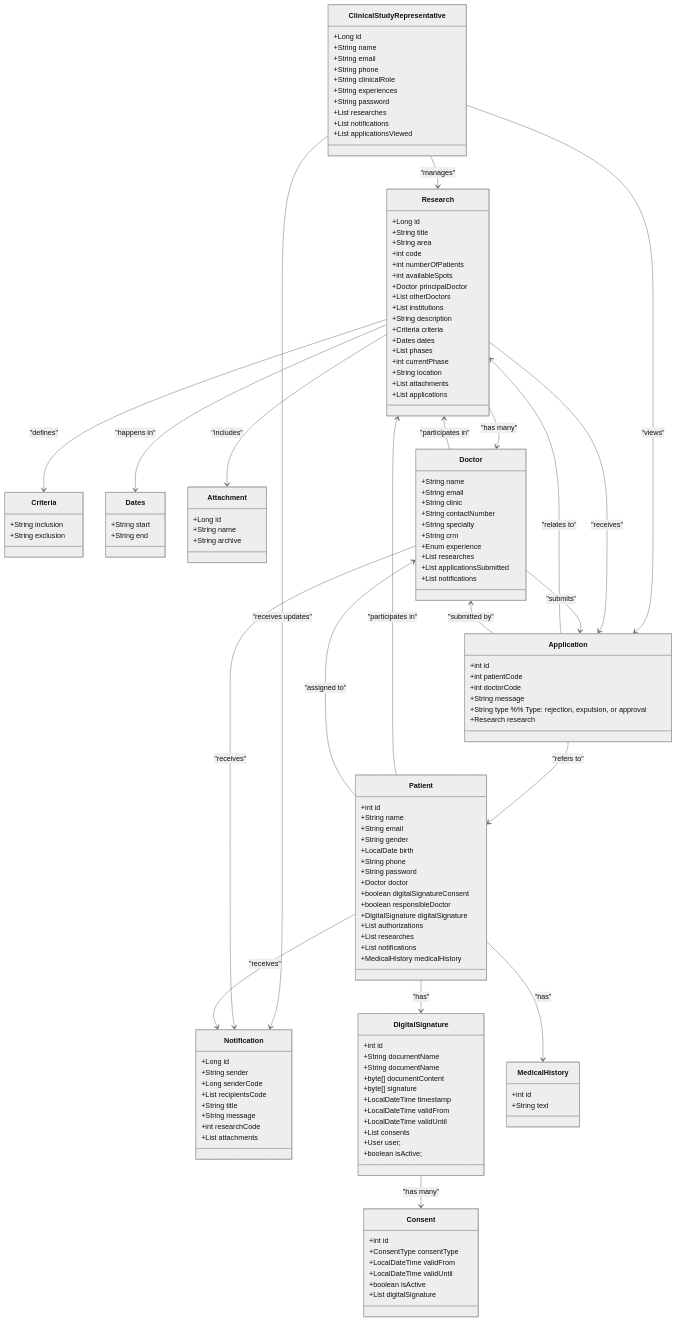
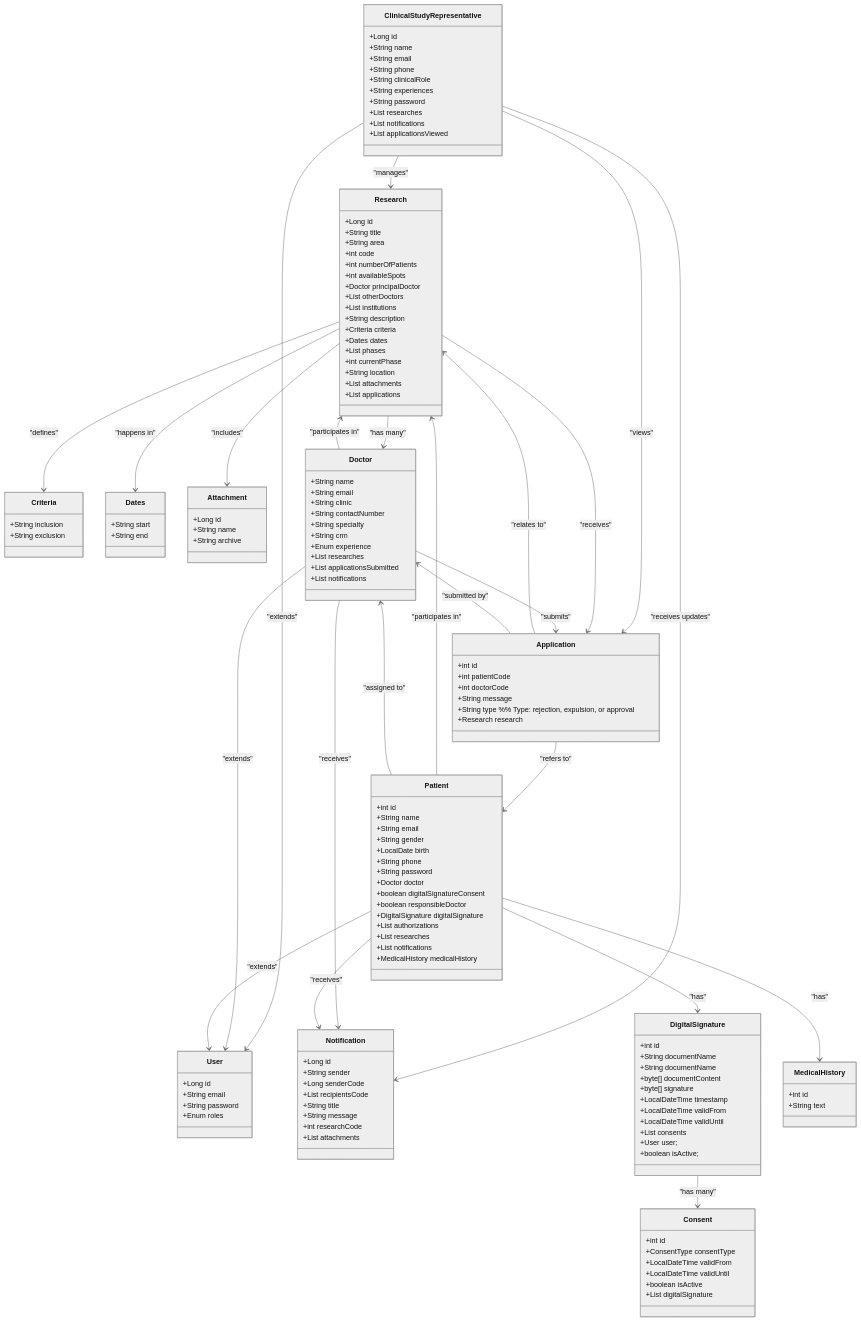
One commit to andrefilipe1310/inovamed- changed the fourth of 6 diagrams in README.md. Above: the diagram before and after it, drawn with Mermaid (neutral theme).

````diff
--- a/README.md
+++ b/README.md
@@ -108,5 +108,11 @@
 ```mermaid
 classDiagram
+    class User {
+        +Long id
+        +String email
+        +String password
+        +Enum roles
+    }
     class ClinicalStudyRepresentative {
         +Long id
         +String name
@@ -237,6 +243,7 @@
     }
 
     %% Relations
+    ClinicalStudyRepresentative --> User : "extends"
     ClinicalStudyRepresentative --> Research : "manages"
     ClinicalStudyRepresentative --> Notification : "receives updates"
     ClinicalStudyRepresentative --> Application : "views"
@@ -245,9 +252,11 @@
     Research --> Doctor : "has many"
     Research --> Attachment : "includes"
     Research --> Application : "receives"
+    Doctor --> User : "extends"
     Doctor --> Application : "submits"
     Doctor --> Research : "participates in"
     Doctor --> Notification : "receives"
+    Patient --> User : "extends"
     Patient --> Research : "participates in"
     Patient --> Notification : "receives"
     Patient --> MedicalHistory : "has"
@@ -257,5 +266,5 @@
     Application --> Patient : "refers to"
     Application --> Research : "relates to"
     Application --> Doctor : "submitted by"
-
+  
 ```
````
